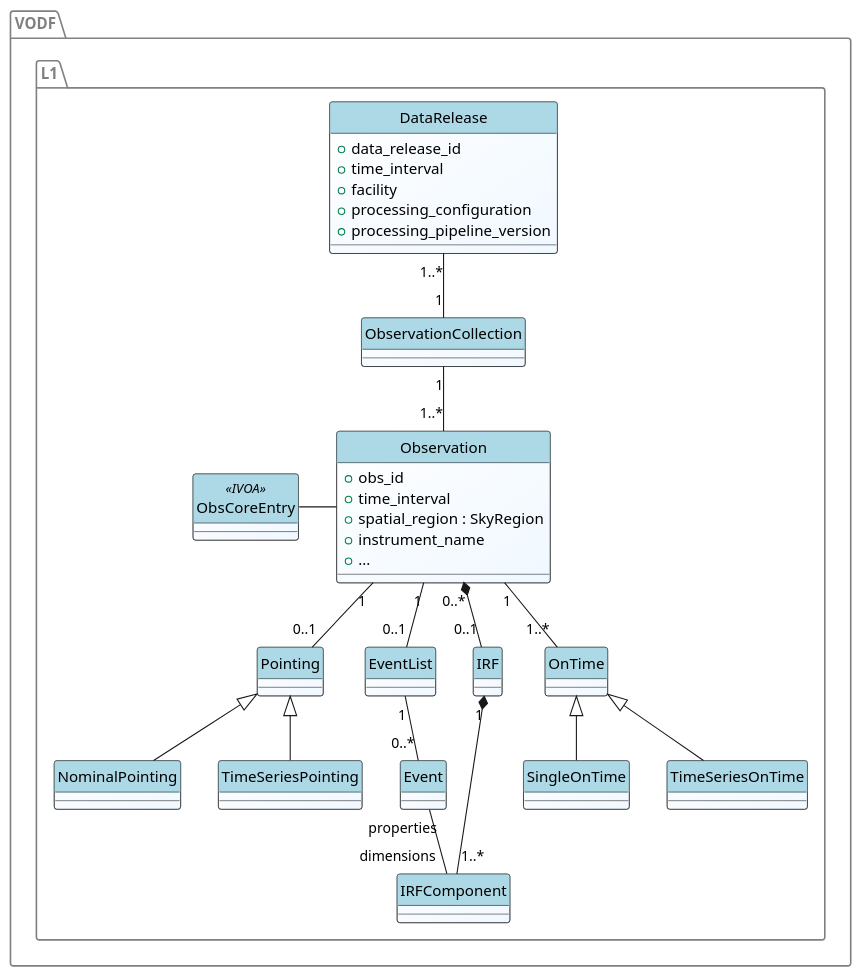
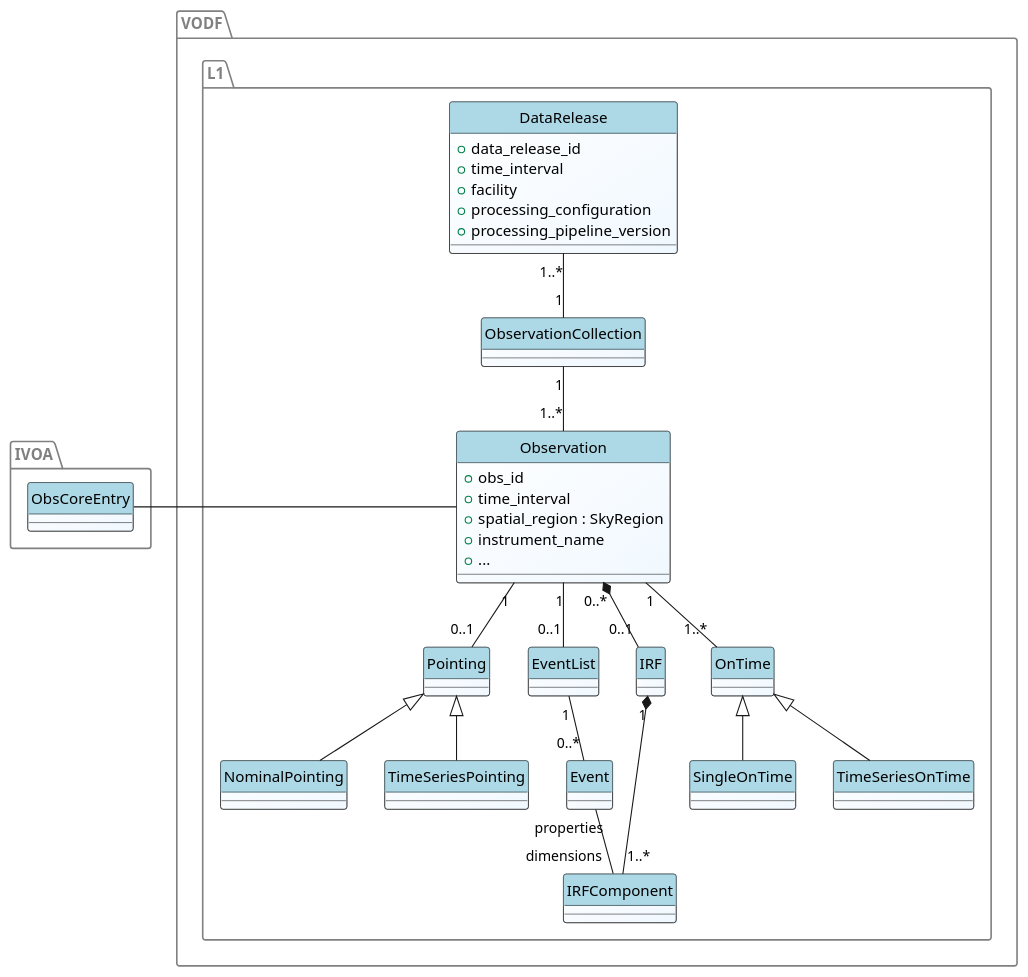
Before and after one commit to VODF/vodf-docs: the diagram in source/specification/level-1/level-1.plantuml, drawn with PlantUML. The commit also changed 3 other files, not shown here.

Commit message:
add diagram for L2

```diff
--- a/source/specification/level-1/level-1.plantuml
+++ b/source/specification/level-1/level-1.plantuml
@@ -1,57 +1,59 @@
 @startuml
 hide circles
 skinparam ClassBackgroundColor white/aliceblue
 skinparam ClassHeaderBackgroundColor lightblue
 <style>
 package {
         LineColor gray
         FontColor gray
 }
 </style>
+
+package IVOA {
+        class ObsCoreEntry {
+
+        }
+}
 
 package VODF.L1 {
 
         class DataRelease  {
                 + data_release_id
                 + time_interval
                 + facility
                 + processing_configuration
                 + processing_pipeline_version
         }
 
         class Observation {
                 + obs_id
                 + time_interval
                 + spatial_region : SkyRegion
                 + instrument_name
                 + ...
         }
 
         Observation "1" -- "0..1" Pointing
 
         Pointing <|-- NominalPointing
         Pointing <|-- TimeSeriesPointing
 
         DataRelease "1..*" -- "1" ObservationCollection
         ObservationCollection "1" -- "1..*" Observation
 
-        class ObsCoreEntry <<IVOA>> {
-
-        }
-
         ObsCoreEntry -r- Observation
         Observation  "1" -- "0..1" EventList
         Observation  "0..*" *--  "0..1" IRF
         Observation "1" --  "1..*" OnTime
         OnTime <|-- SingleOnTime
         OnTime <|-- TimeSeriesOnTime
 
         EventList "1" -- "0..*" Event
 
         Event "properties" -- "dimensions" IRFComponent
 
         IRF "1"  *-- "1..*" IRFComponent
 
 }
 
 @enduml
```
